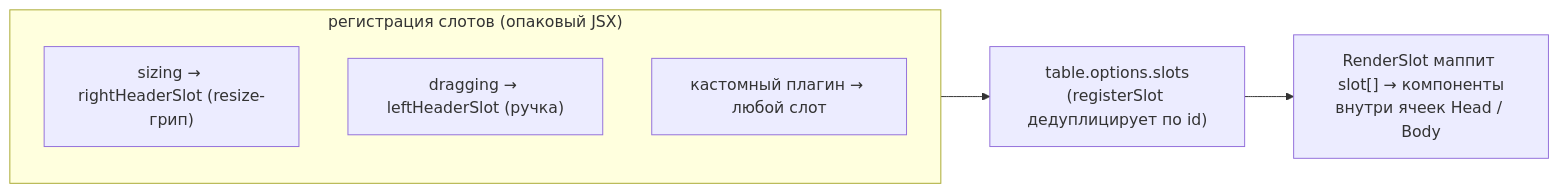
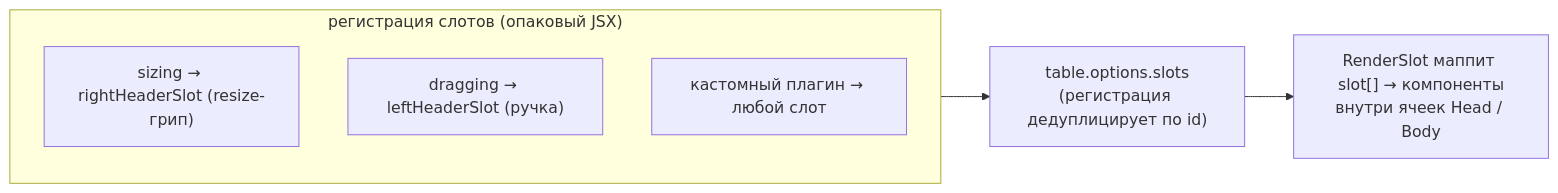
Before and after one commit to tessera-grid/tessera: the second of 2 diagrams in docs/architecture/plugins-and-slots.md, drawn with Mermaid. The commit also changed other lines of this file and 9 other files, not shown here.

````diff
--- a/docs/architecture/plugins-and-slots.md
+++ b/docs/architecture/plugins-and-slots.md
@@ -96,11 +108,11 @@
 ```mermaid
 flowchart LR
     subgraph reg["регистрация слотов (опаковый JSX)"]
         P2["sizing → rightHeaderSlot (resize-грип)"]
         P4["dragging → leftHeaderSlot (ручка)"]
         CUST["кастомный плагин → любой слот"]
     end
-    STORE["table.options.slots<br/>(registerSlot дедуплицирует по id)"]
+    STORE["table.options.slots<br/>(регистрация дедуплицирует по id)"]
     reg --> STORE
     STORE --> RS["RenderSlot маппит slot[] → компоненты<br/>внутри ячеек Head / Body"]
 ```
````
